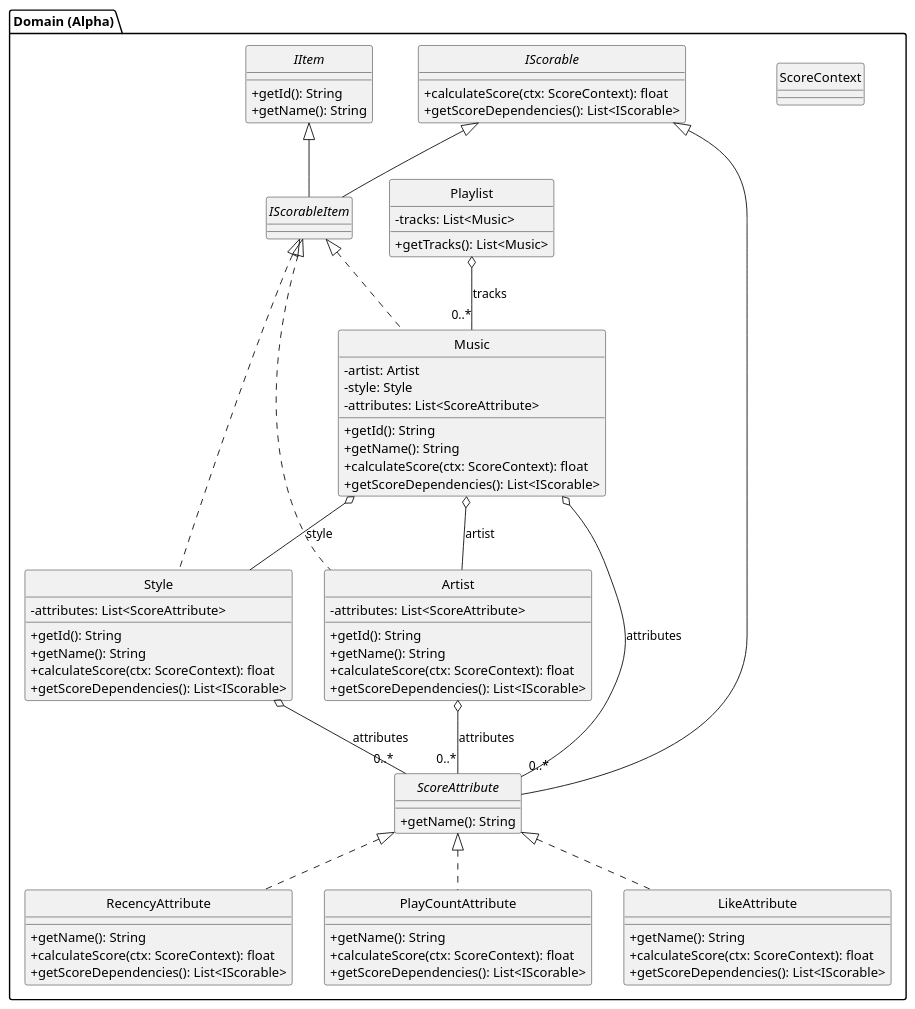
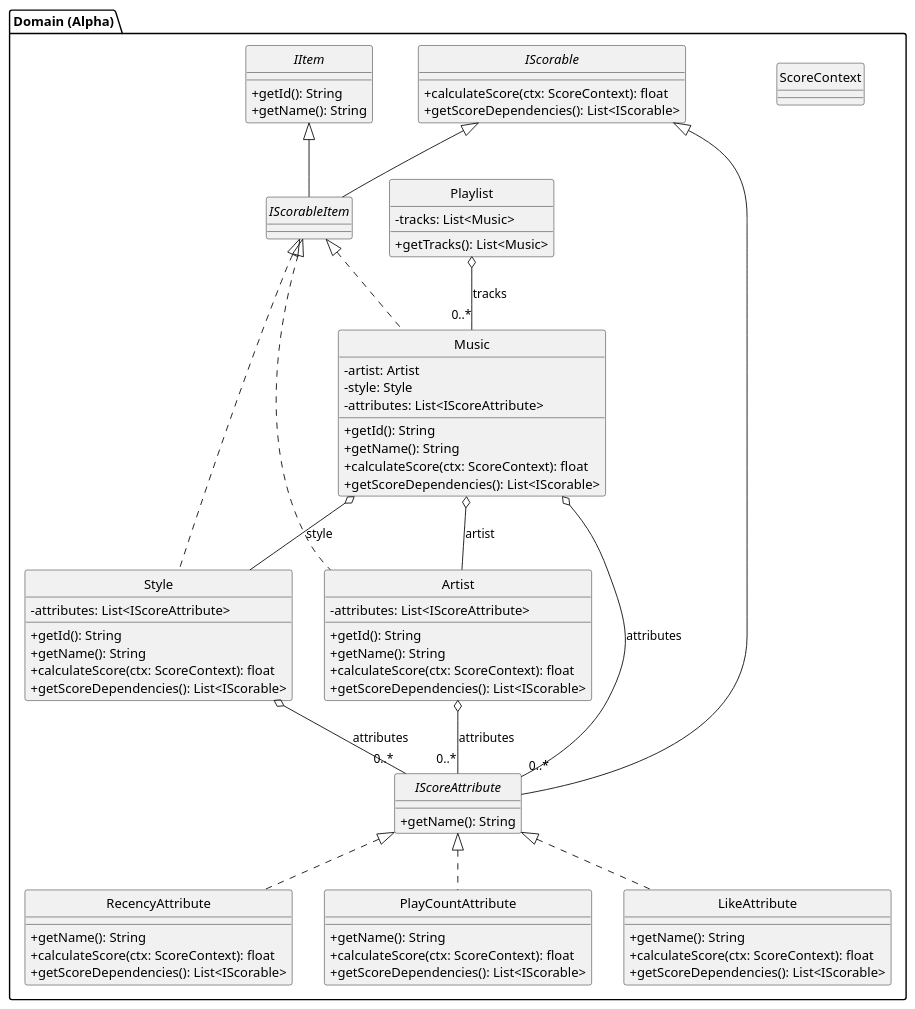
Before and after one commit to erwan-legoff/randomnest: the diagram in src/diagramme.puml, drawn with PlantUML. The commit also changed 27 other files, not shown here.

```diff
--- a/src/diagramme.puml
+++ b/src/diagramme.puml
@@ -1,88 +1,88 @@
 @startuml randomnest
 hide circle
 skinparam classAttributeIconSize 0
 
 package "Domain (Alpha)" {
 
   ' Placeholder (domaine) pour éviter de tirer tout le package Scoring ici
   class ScoreContext
 
   interface IItem {
     +getId(): String
     +getName(): String
   }
 
   interface IScorable {
     +calculateScore(ctx: ScoreContext): float
     +getScoreDependencies(): List<IScorable>
   }
 
   interface IScorableItem extends IItem, IScorable
 
-  interface ScoreAttribute extends IScorable {
+  interface IScoreAttribute extends IScorable {
     +getName(): String
   }
 
   class Music implements IScorableItem {
     -artist: Artist
     -style: Style
-    -attributes: List<ScoreAttribute>
+    -attributes: List<IScoreAttribute>
 
     +getId(): String
     +getName(): String
     +calculateScore(ctx: ScoreContext): float
     +getScoreDependencies(): List<IScorable>
   }
 
   class Artist implements IScorableItem {
-    -attributes: List<ScoreAttribute>
+    -attributes: List<IScoreAttribute>
 
     +getId(): String
     +getName(): String
     +calculateScore(ctx: ScoreContext): float
     +getScoreDependencies(): List<IScorable>
   }
 
   class Style implements IScorableItem {
-    -attributes: List<ScoreAttribute>
+    -attributes: List<IScoreAttribute>
 
     +getId(): String
     +getName(): String
     +calculateScore(ctx: ScoreContext): float
     +getScoreDependencies(): List<IScorable>
   }
 
-  class RecencyAttribute implements ScoreAttribute {
+  class RecencyAttribute implements IScoreAttribute {
     +getName(): String
     +calculateScore(ctx: ScoreContext): float
     +getScoreDependencies(): List<IScorable>
   }
 
-  class PlayCountAttribute implements ScoreAttribute {
+  class PlayCountAttribute implements IScoreAttribute {
     +getName(): String
     +calculateScore(ctx: ScoreContext): float
     +getScoreDependencies(): List<IScorable>
   }
 
-  class LikeAttribute implements ScoreAttribute {
+  class LikeAttribute implements IScoreAttribute {
     +getName(): String
     +calculateScore(ctx: ScoreContext): float
     +getScoreDependencies(): List<IScorable>
   }
 
   class Playlist {
     -tracks: List<Music>
     +getTracks(): List<Music>
   }
 }
 
 Playlist o-- "0..*" Music : tracks
 
 Music o-- Artist : artist
 Music o-- Style : style
 
-Music o-- "0..*" ScoreAttribute : attributes
-Artist o-- "0..*" ScoreAttribute : attributes
-Style o-- "0..*" ScoreAttribute : attributes
+Music o-- "0..*" IScoreAttribute : attributes
+Artist o-- "0..*" IScoreAttribute : attributes
+Style o-- "0..*" IScoreAttribute : attributes
 
 @enduml
```
